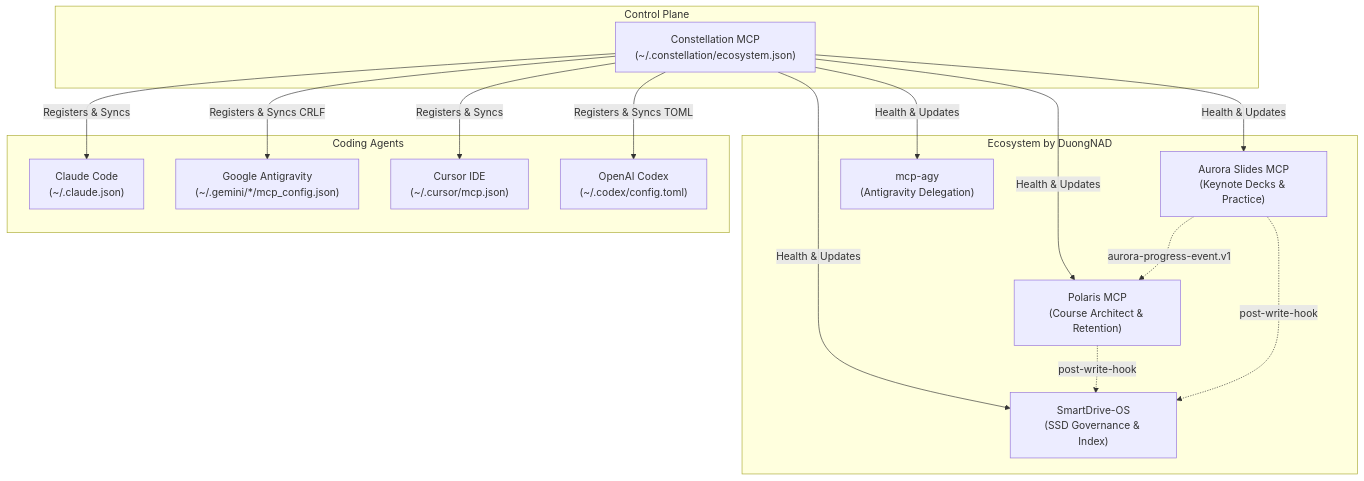
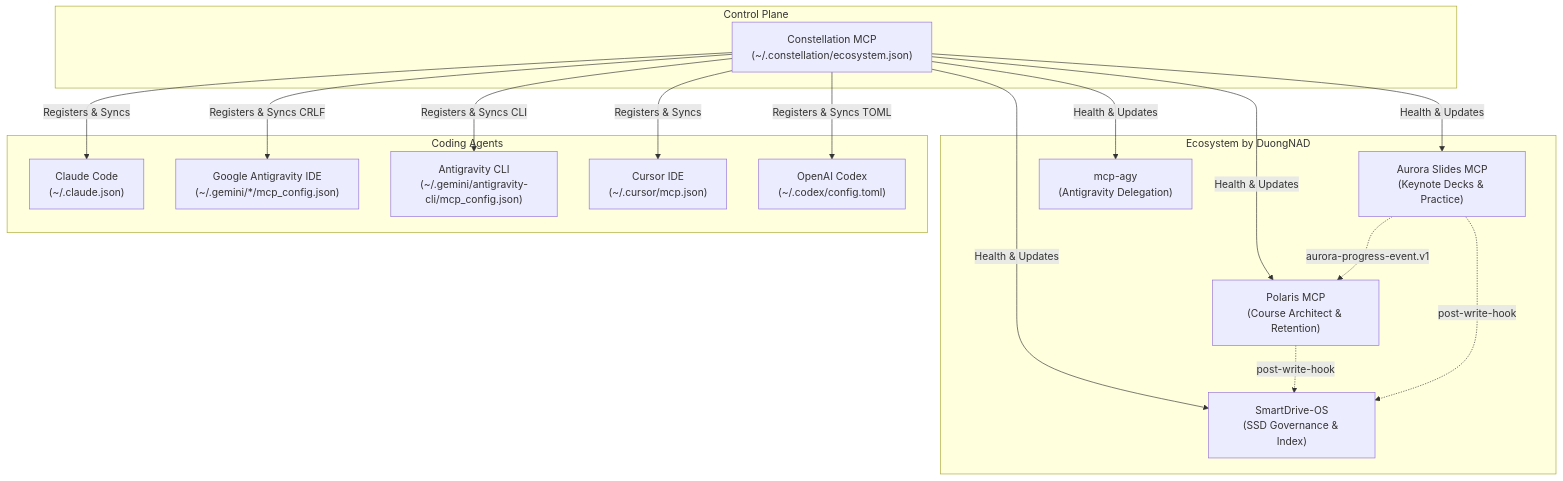
One commit to DuongNAD/constellation-mcp changed the diagram in README.md. Above: the diagram before and after it, drawn with Mermaid. The commit also changed other lines of this file and 16 other files, not shown here.

First line of the commit message:
Constellation 0.1.1: reversible runs, antigravity-cli target, compact doctor

````diff
--- a/README.md
+++ b/README.md
@@ -7,34 +7,36 @@
 ```mermaid
 flowchart TD
   subgraph Ecosystem["Ecosystem by DuongNAD"]
     Polaris["Polaris MCP\n(Course Architect & Retention)"]
     Aurora["Aurora Slides MCP\n(Keynote Decks & Practice)"]
     SmartDrive["SmartDrive-OS\n(SSD Governance & Index)"]
     McpAgy["mcp-agy\n(Antigravity Delegation)"]
   end
 
   subgraph ControlPlane["Control Plane"]
     Constellation["Constellation MCP\n(~/.constellation/ecosystem.json)"]
   end
 
   subgraph Agents["Coding Agents"]
     Claude["Claude Code\n(~/.claude.json)"]
-    Antigravity["Google Antigravity\n(~/.gemini/*/mcp_config.json)"]
+    Antigravity["Google Antigravity IDE\n(~/.gemini/*/mcp_config.json)"]
+    AntigravityCli["Antigravity CLI\n(~/.gemini/antigravity-cli/mcp_config.json)"]
     Cursor["Cursor IDE\n(~/.cursor/mcp.json)"]
     Codex["OpenAI Codex\n(~/.codex/config.toml)"]
   end
 
   Constellation -->|Registers & Syncs| Claude
   Constellation -->|Registers & Syncs CRLF| Antigravity
+  Constellation -->|Registers & Syncs CLI| AntigravityCli
   Constellation -->|Registers & Syncs| Cursor
   Constellation -->|Registers & Syncs TOML| Codex
 
   Constellation -->|Health & Updates| Polaris
   Constellation -->|Health & Updates| Aurora
   Constellation -->|Health & Updates| SmartDrive
   Constellation -->|Health & Updates| McpAgy
 
   Aurora -.->|aurora-progress-event.v1| Polaris
   Polaris -.->|post-write-hook| SmartDrive
   Aurora -.->|post-write-hook| SmartDrive
 ```
````
